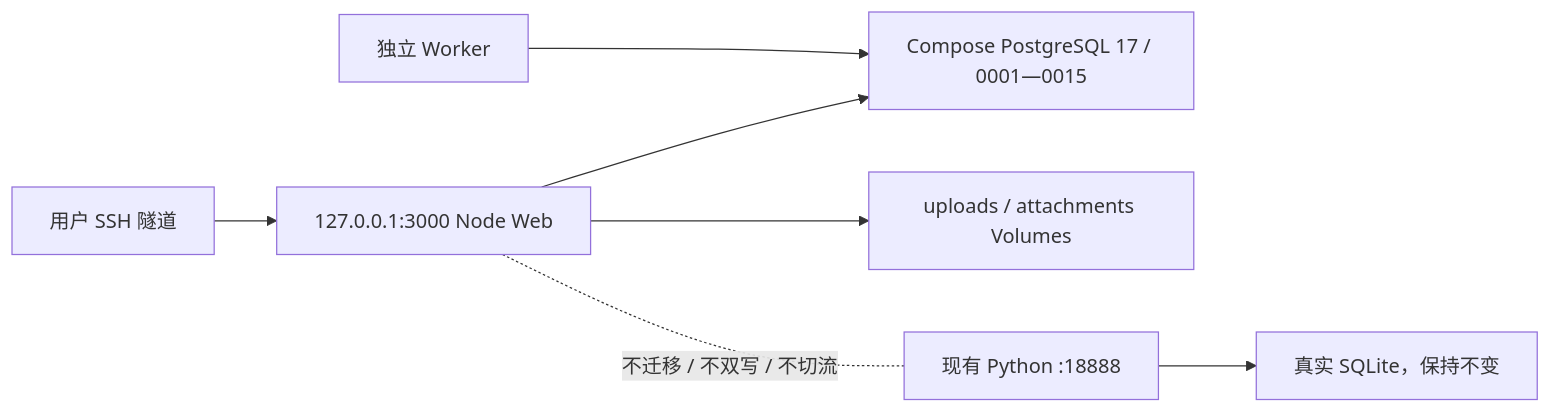
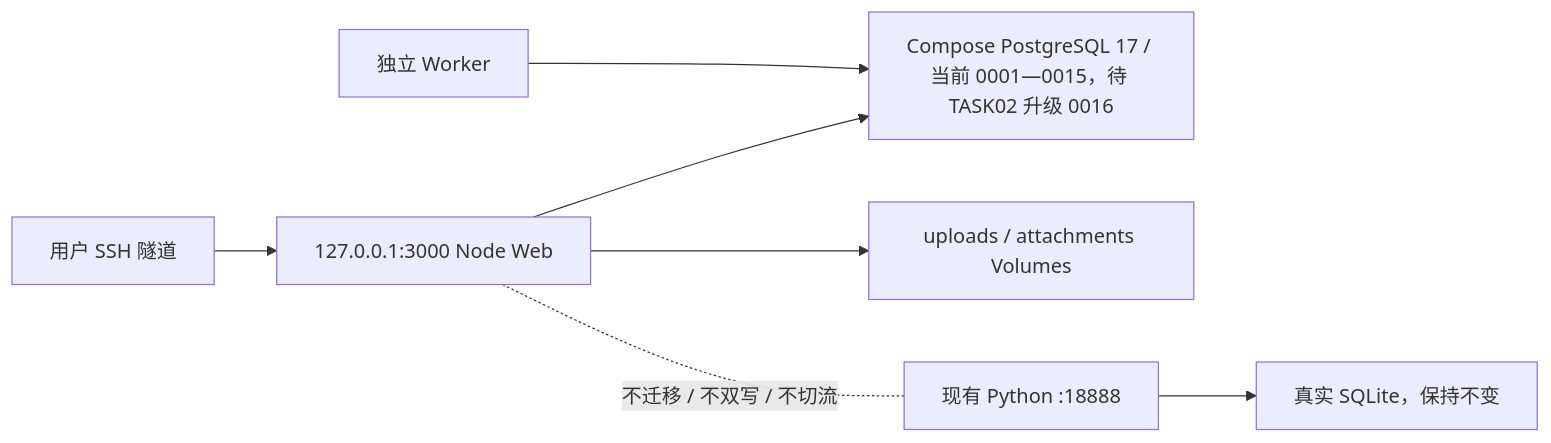
Before and after one commit to 3443176848/chenyida: the third of 13 diagrams in docs/project/ARCHITECTURE.md, drawn with Mermaid. The commit also changed other lines of this file and 55 other files, not shown here.

````diff
--- a/docs/project/ARCHITECTURE.md
+++ b/docs/project/ARCHITECTURE.md
@@ -29,9 +46,9 @@
 ```mermaid
 flowchart LR
     SSH["用户 SSH 隧道"] --> WEB["127.0.0.1:3000 Node Web"]
-    WEB --> PG["Compose PostgreSQL 17 / 0001—0015"]
+    WEB --> PG["Compose PostgreSQL 17 / 当前 0001—0015，待 TASK02 升级 0016"]
     WORKER["独立 Worker"] --> PG
     WEB --> FILES["uploads / attachments Volumes"]
     PY["现有 Python :18888"] --> SQLITE["真实 SQLite，保持不变"]
     WEB -. "不迁移 / 不双写 / 不切流" .- PY
 ```
````
